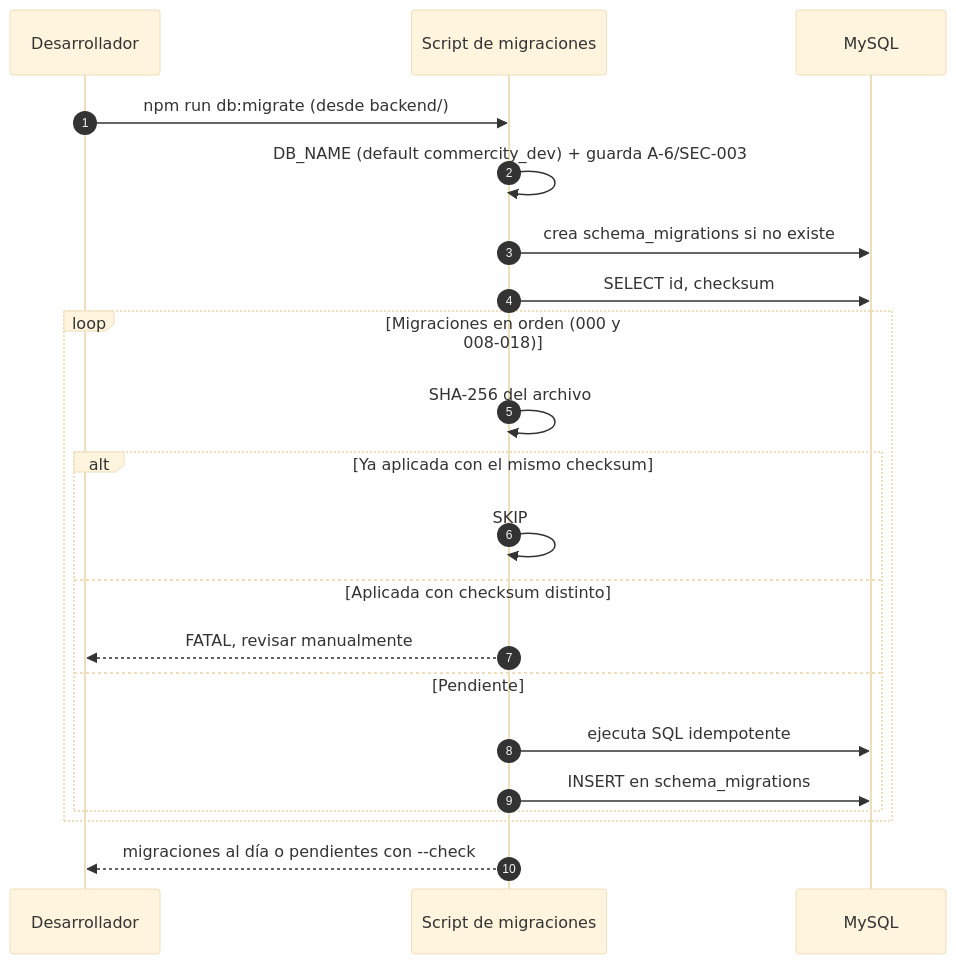
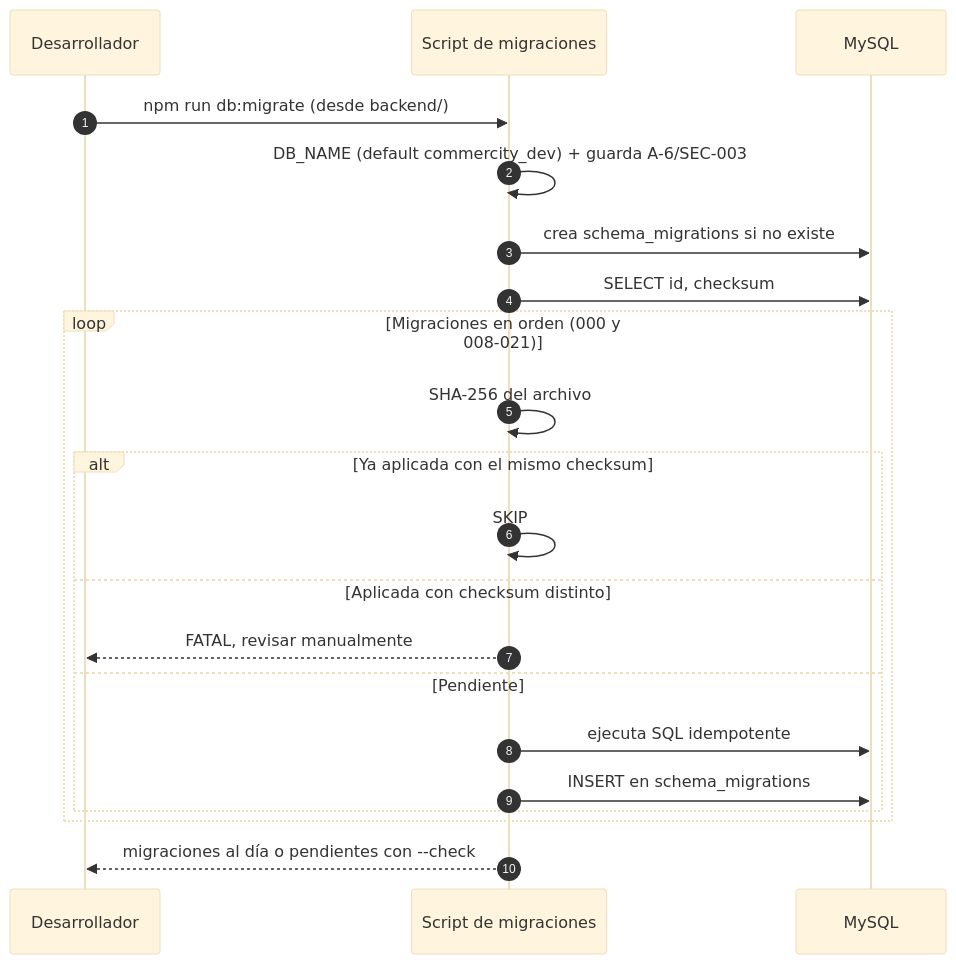
Before and after one commit to diegoSerna17/Commercity: diagram 16 of 17 in README.md, drawn with Mermaid (base theme). The commit also changed other lines of this file and 16 other files, not shown here.

````diff
--- a/README.md
+++ b/README.md
@@ -439,23 +439,23 @@
 ```mermaid
 sequenceDiagram
     autonumber
     participant DEV as Desarrollador
     participant MIG as Script de migraciones
     participant DB as MySQL
     DEV->>MIG: npm run db:migrate (desde backend/)
     MIG->>MIG: DB_NAME (default commercity_dev) + guarda A-6/SEC-003
     MIG->>DB: crea schema_migrations si no existe
     MIG->>DB: SELECT id, checksum
-    loop Migraciones en orden (000 y 008-018)
+    loop Migraciones en orden (000 y 008-021)
         MIG->>MIG: SHA-256 del archivo
         alt Ya aplicada con el mismo checksum
             MIG->>MIG: SKIP
         else Aplicada con checksum distinto
             MIG-->>DEV: FATAL, revisar manualmente
         else Pendiente
             MIG->>DB: ejecuta SQL idempotente
             MIG->>DB: INSERT en schema_migrations
         end
     end
     MIG-->>DEV: migraciones al día o pendientes con --check
 ```
````
